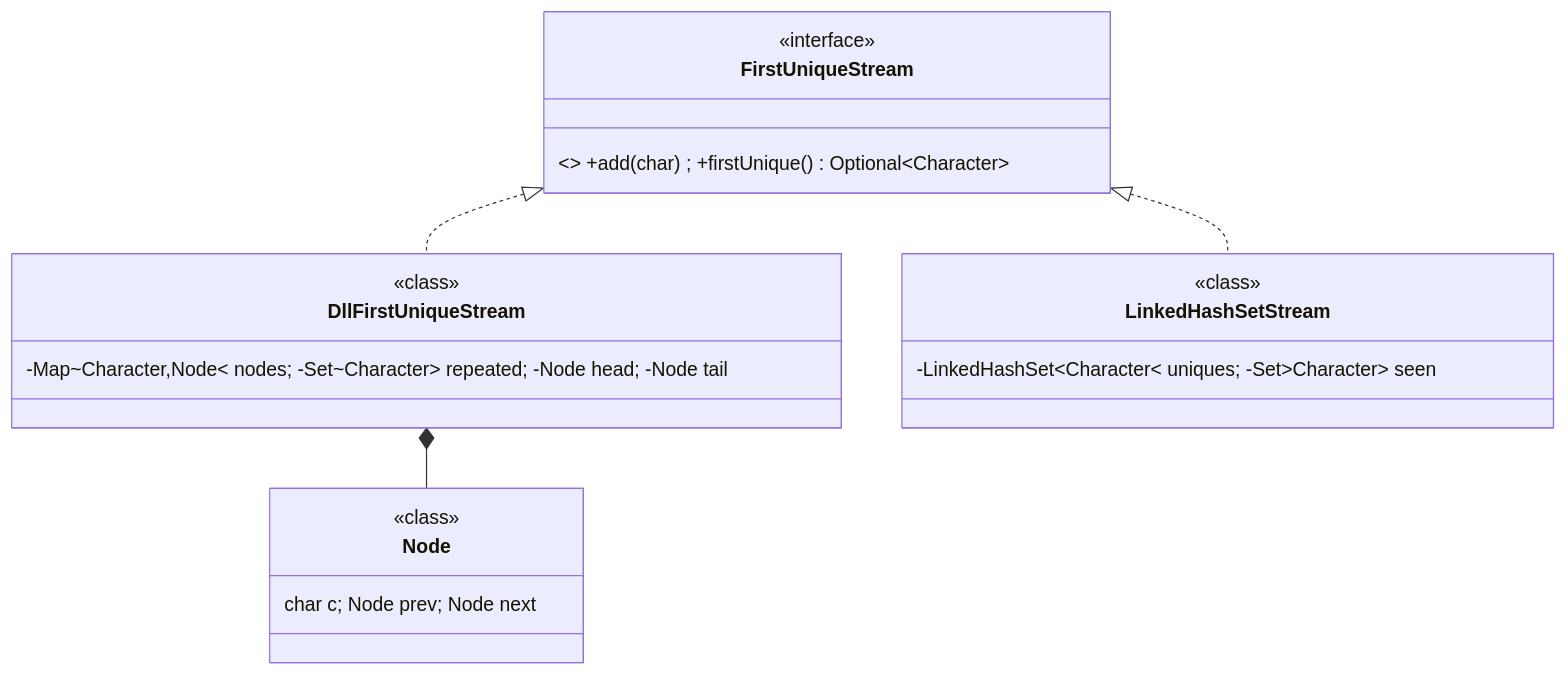
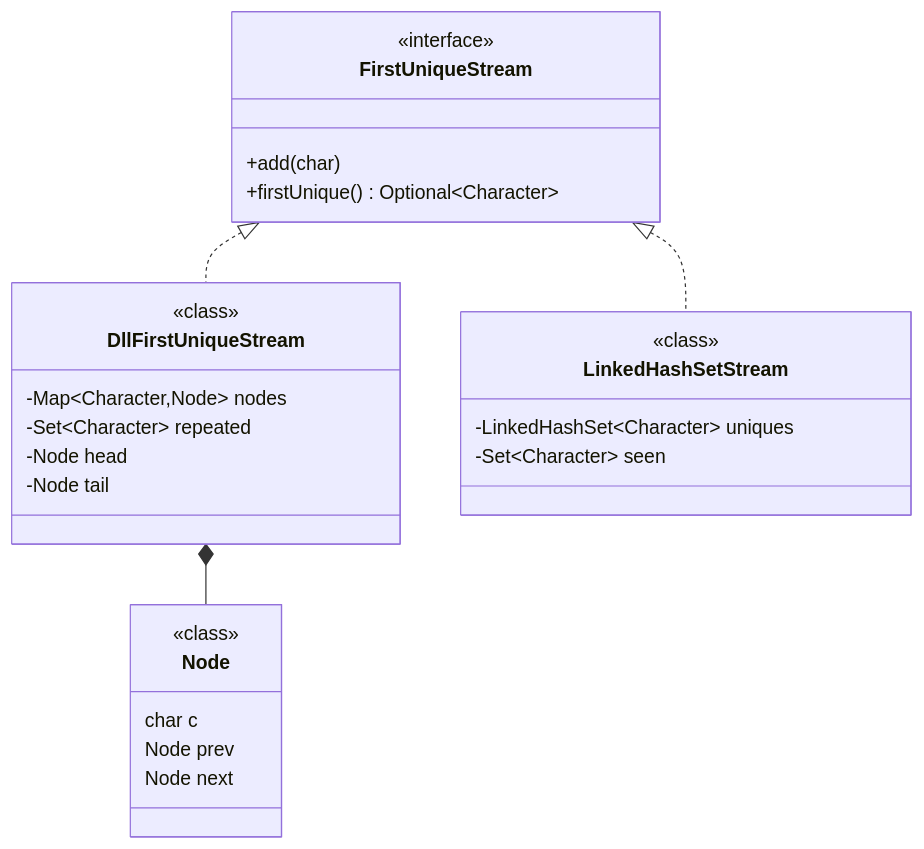
The first of 2 diagrams in system-design/lld/09-first-unique-char.md (amarkum/amarkumar.guru), drawn with Mermaid before and after one commit. The commit also changed other lines of this file and 27 other files, not shown here.

````diff
--- a/system-design/lld/09-first-unique-char.md
+++ b/system-design/lld/09-first-unique-char.md
@@ -31,22 +31,38 @@
 ```mermaid
 classDiagram
-    class FirstUniqueStream { <<interface>> +add(char) ; +firstUnique() Optional~Character~ }
-    class DllFirstUniqueStream { -Map~Character,Node~ nodes; -Set~Character~ repeated; -Node head; -Node tail }
-    class LinkedHashSetStream { -LinkedHashSet~Character~ uniques; -Set~Character~ seen }
-    class Node { char c; Node prev; Node next }
+    class FirstUniqueStream {
+      <<interface>>
+      +add(char)
+      +firstUnique() Optional~Character~
+    }
+    class DllFirstUniqueStream {
+      -Map~Character,Node~ nodes
+      -Set~Character~ repeated
+      -Node head
+      -Node tail
+    }
+    class LinkedHashSetStream {
+      -LinkedHashSet~Character~ uniques
+      -Set~Character~ seen
+    }
+    class Node {
+      char c
+      Node prev
+      Node next
+    }
     FirstUniqueStream <|.. DllFirstUniqueStream
     FirstUniqueStream <|.. LinkedHashSetStream
     DllFirstUniqueStream *-- Node
     class DllFirstUniqueStream {
       <<class>>
     }
     class Node {
       <<class>>
     }
     class FirstUniqueStream {
       <<interface>>
     }
     class LinkedHashSetStream {
       <<class>>
     }
 ```
````
